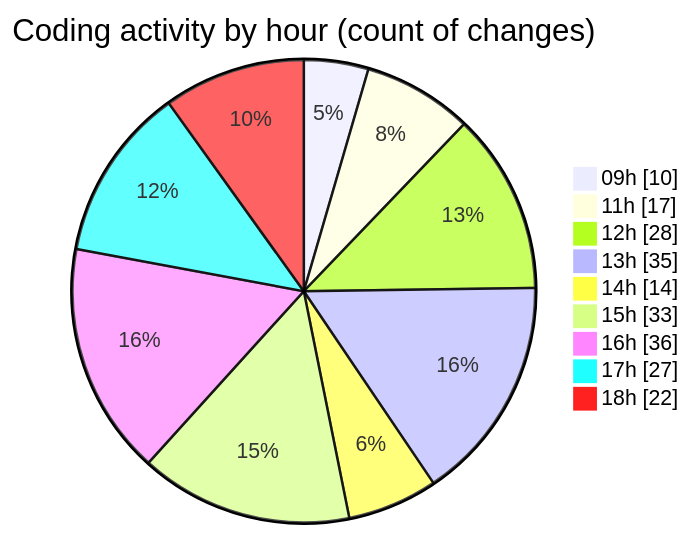
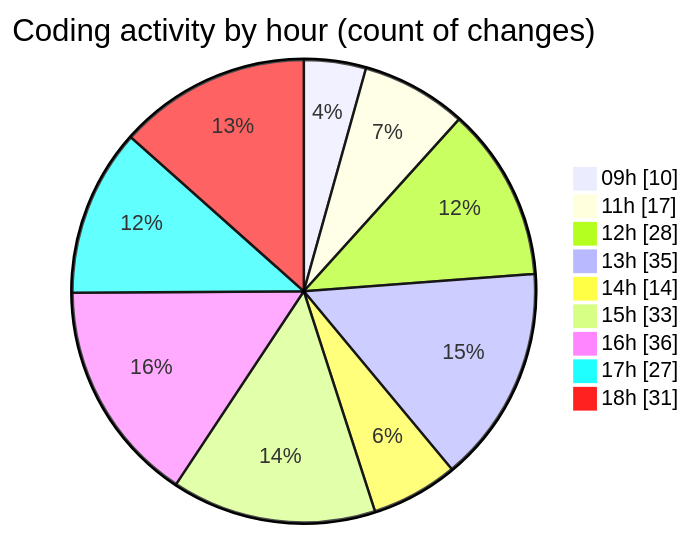
The second of 2 diagrams in 2026-05-07/cda/README.md (momahboobian/code-tracking), drawn with Mermaid before and after one commit. The commit also changed other lines of this file and 1 other file, not shown here.

````diff
--- a/2026-05-07/cda/README.md
+++ b/2026-05-07/cda/README.md
@@ -58,13 +58,13 @@
 ```mermaid
 pie showData
 title Coding activity by hour (count of changes)
 "09h" : 10
 "11h" : 17
 "12h" : 28
 "13h" : 35
 "14h" : 14
 "15h" : 33
 "16h" : 36
 "17h" : 27
-"18h" : 22
+"18h" : 31
 ```
````
